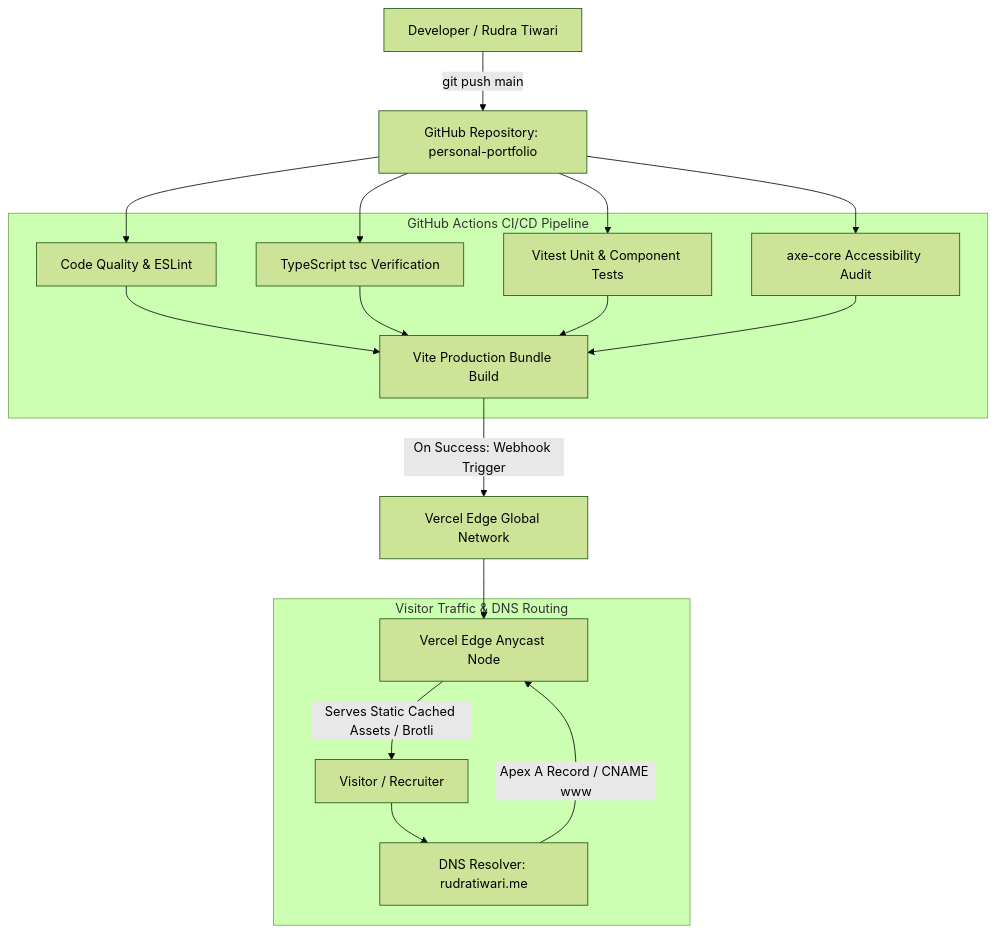
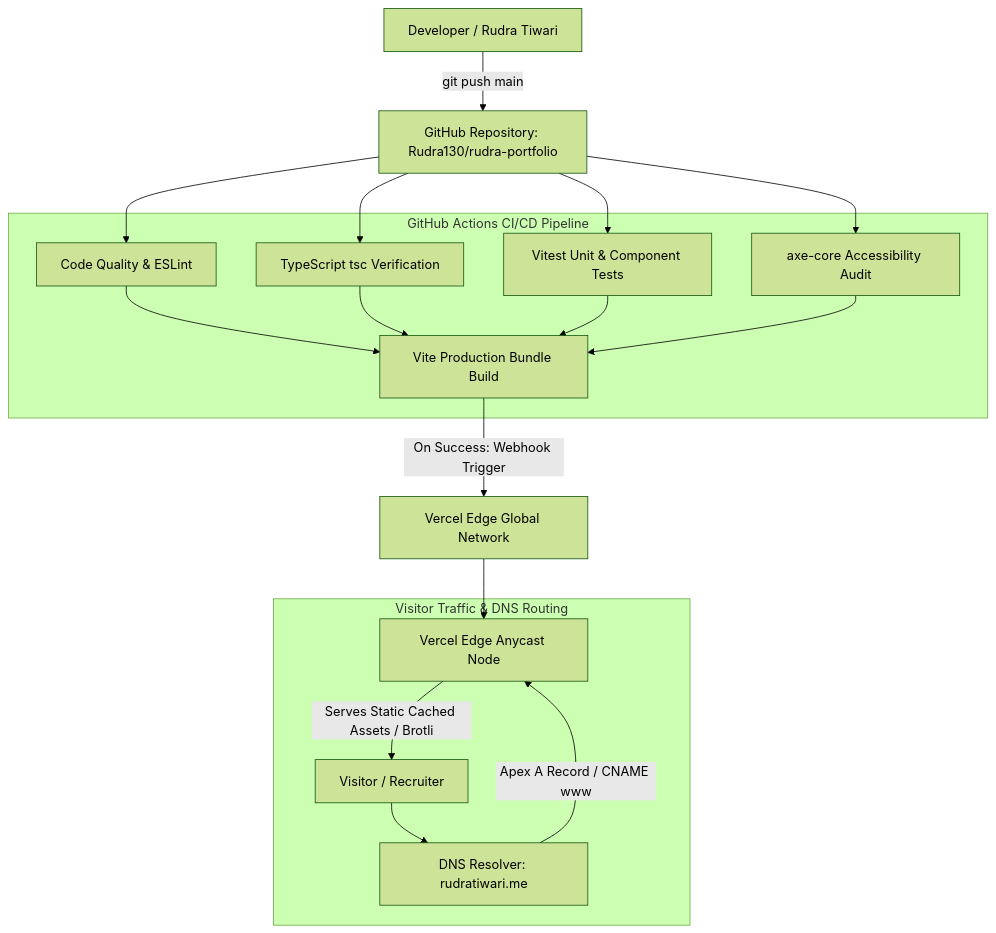
The diagram in docs/architecture/DEPLOYMENT_ARCHITECTURE.md (Rudra130/rudra-portfolio), drawn with Mermaid (forest theme) before and after one commit. The commit also changed 18 other files, not shown here.

Commit message:
docs: synchronize README, architecture, design, and roadmap with current 8-world Keplerian solar system

````diff
--- a/docs/architecture/DEPLOYMENT_ARCHITECTURE.md
+++ b/docs/architecture/DEPLOYMENT_ARCHITECTURE.md
@@ -13,25 +13,25 @@
 ```mermaid
 graph TD
-    Developer[Developer / Rudra Tiwari] -->|git push main| GitHubRepo[GitHub Repository: personal-portfolio]
+    Developer[Developer / Rudra Tiwari] -->|git push main| GitHubRepo[GitHub Repository: Rudra130/rudra-portfolio]
     
     subgraph CI_CD_Pipeline [GitHub Actions CI/CD Pipeline]
         LintCheck[Code Quality & ESLint]
         TypeCheck[TypeScript tsc Verification]
         UnitTests[Vitest Unit & Component Tests]
         BuildCheck[Vite Production Bundle Build]
         A11yCheck[axe-core Accessibility Audit]
     end
 
     GitHubRepo --> LintCheck & TypeCheck & UnitTests & A11yCheck
     LintCheck & TypeCheck & UnitTests & A11yCheck --> BuildCheck
 
     BuildCheck -->|On Success: Webhook Trigger| VercelEdge[Vercel Edge Global Network]
     
     subgraph Production_Traffic [Visitor Traffic & DNS Routing]
         Visitor[Visitor / Recruiter] --> DNS[DNS Resolver: rudratiwari.me]
         DNS -->|Apex A Record / CNAME www| EdgeNode[Vercel Edge Anycast Node]
         EdgeNode -->|Serves Static Cached Assets / Brotli| Visitor
     end
 
     VercelEdge --> EdgeNode
 ```
````
